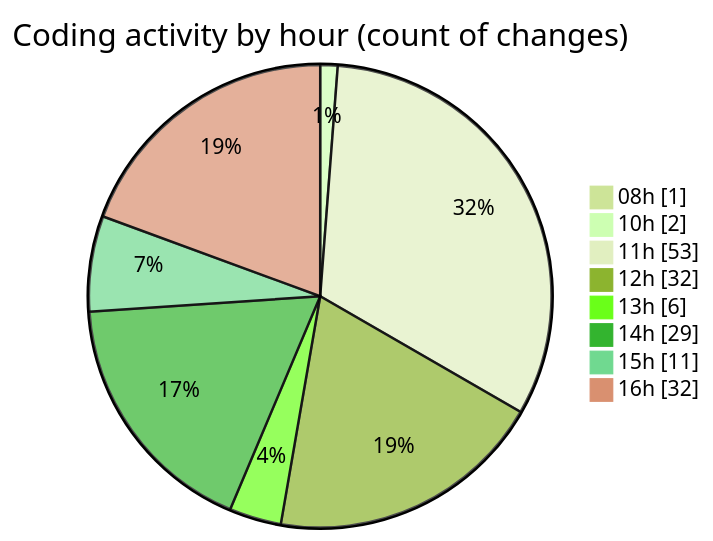
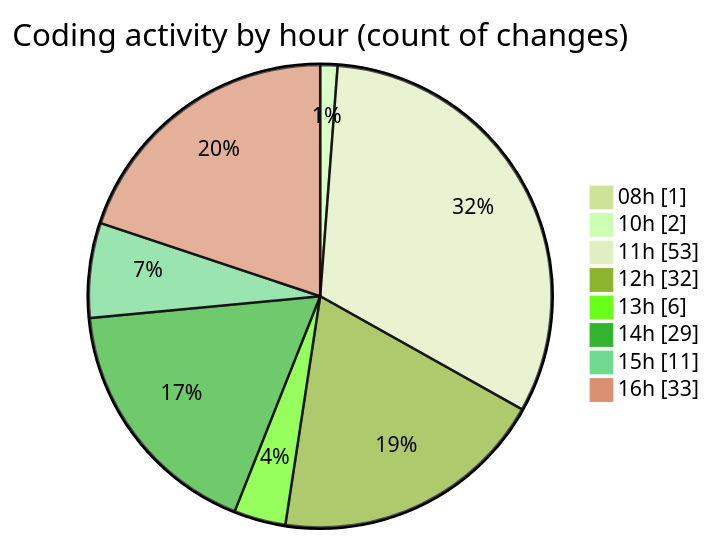
One commit to momahboobian/code-tracking changed the second of 2 diagrams in 2025-07-03/cda/README.md. Above: the diagram before and after it, drawn with Mermaid (forest theme). The commit also changed other lines of this file and 1 other file, not shown here.

````diff
--- a/2025-07-03/cda/README.md
+++ b/2025-07-03/cda/README.md
@@ -51,12 +52,12 @@
 ```mermaid
 pie showData
 title Coding activity by hour (count of changes)
 "08h" : 1
 "10h" : 2
 "11h" : 53
 "12h" : 32
 "13h" : 6
 "14h" : 29
 "15h" : 11
-"16h" : 32
+"16h" : 33
 ```
````
